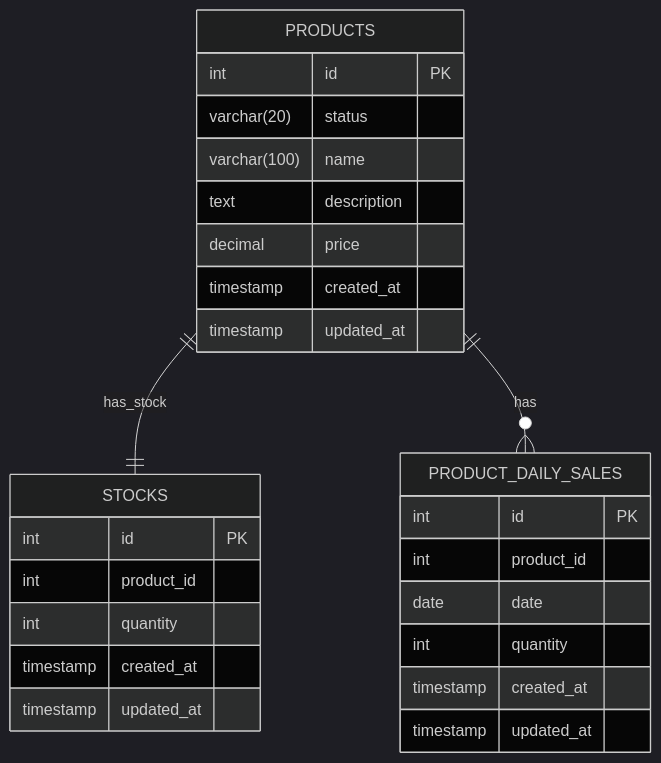
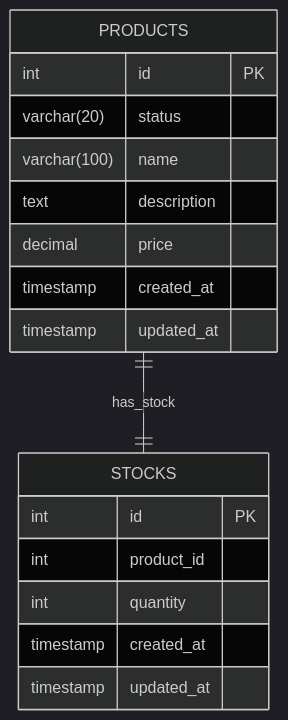
Before and after one commit to alert-kim/e-commerce: the second of 2 diagrams in docs/specs/product.md, drawn with Mermaid (dark theme). The commit also changed other lines of this file and 3 other files, not shown here.

````diff
--- a/docs/specs/product.md
+++ b/docs/specs/product.md
@@ -62,30 +35,20 @@
 ```mermaid
 erDiagram
     PRODUCTS {
         int id PK
         varchar(20) status
         varchar(100) name
         text description
         decimal price
         timestamp created_at
         timestamp updated_at
     }
     STOCKS {
         int id PK
         int product_id
         int quantity
         timestamp created_at
         timestamp updated_at
     }
-    PRODUCT_DAILY_SALES {
-        int id PK
-        int product_id
-        date date
-        int quantity
-        timestamp created_at
-        timestamp updated_at
-    }
-
     PRODUCTS one to one STOCKS : has_stock
-    PRODUCTS one to zero or more PRODUCT_DAILY_SALES : has
 ```
````
